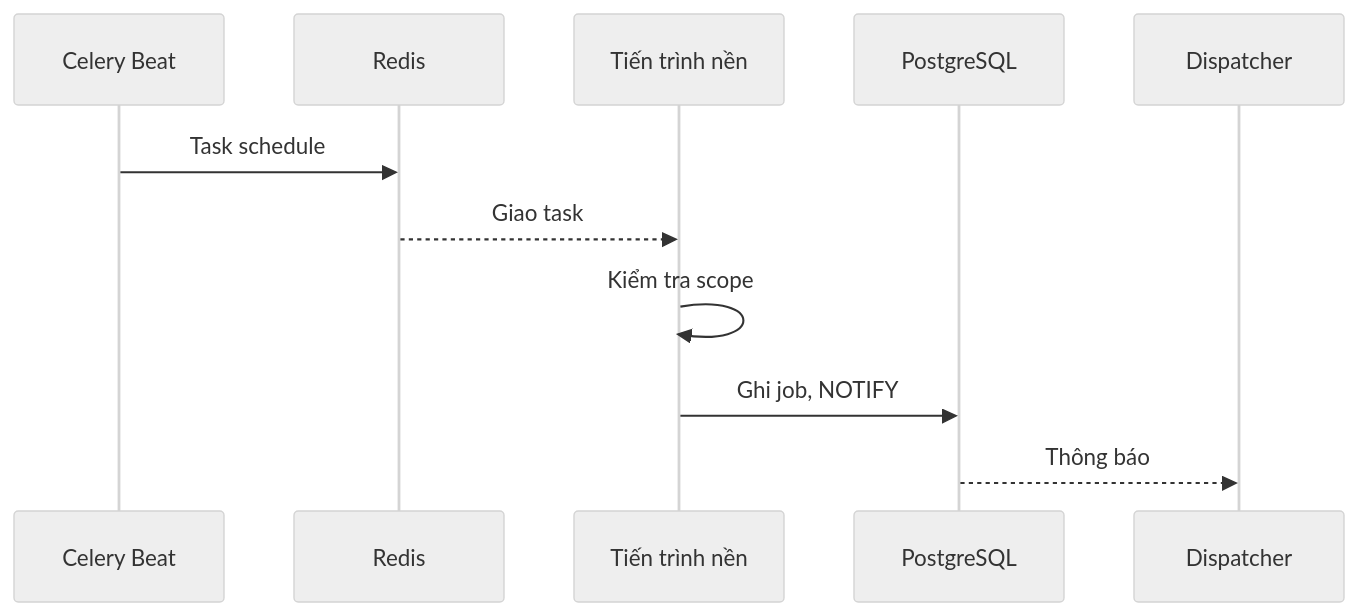
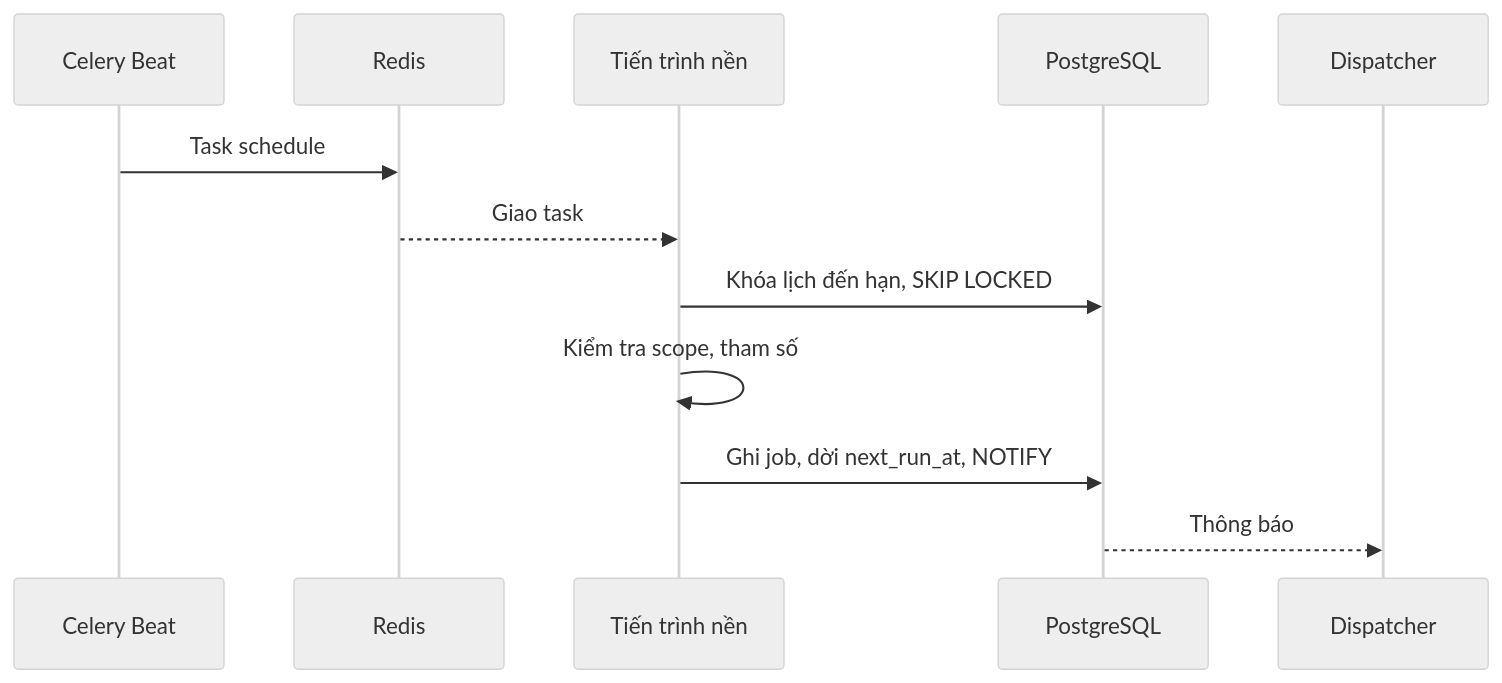
Before and after one commit to memay-haha/ReconOS: the third of 5 diagrams in docs/architecture/system.md, drawn with Mermaid (neutral theme). The commit also changed other lines of this file and 41 other files, not shown here.

````diff
--- a/docs/architecture/system.md
+++ b/docs/architecture/system.md
@@ -191,13 +191,14 @@
 ```mermaid
 sequenceDiagram
     participant BEAT as Celery Beat
     participant RD as Redis
     participant BG as Tiến trình nền
     participant PG as PostgreSQL
     participant DSP as Dispatcher
     BEAT->>RD: Task schedule
     RD-->>BG: Giao task
-    BG->>BG: Kiểm tra scope
-    BG->>PG: Ghi job, NOTIFY
+    BG->>PG: Khóa lịch đến hạn, SKIP LOCKED
+    BG->>BG: Kiểm tra scope, tham số
+    BG->>PG: Ghi job, dời next_run_at, NOTIFY
     PG-->>DSP: Thông báo
 ```
````
